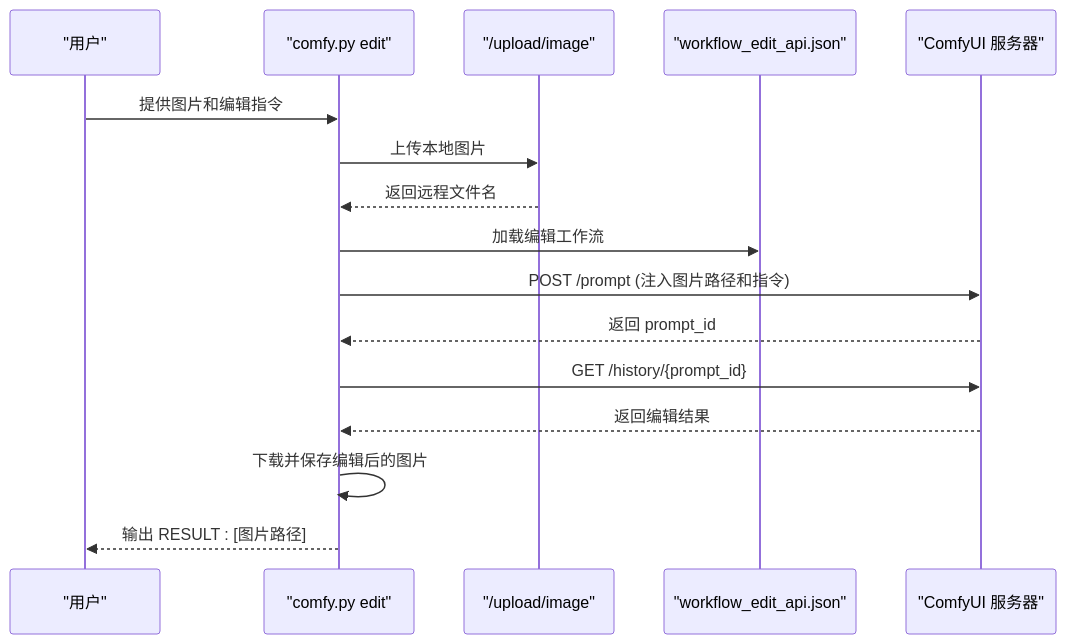
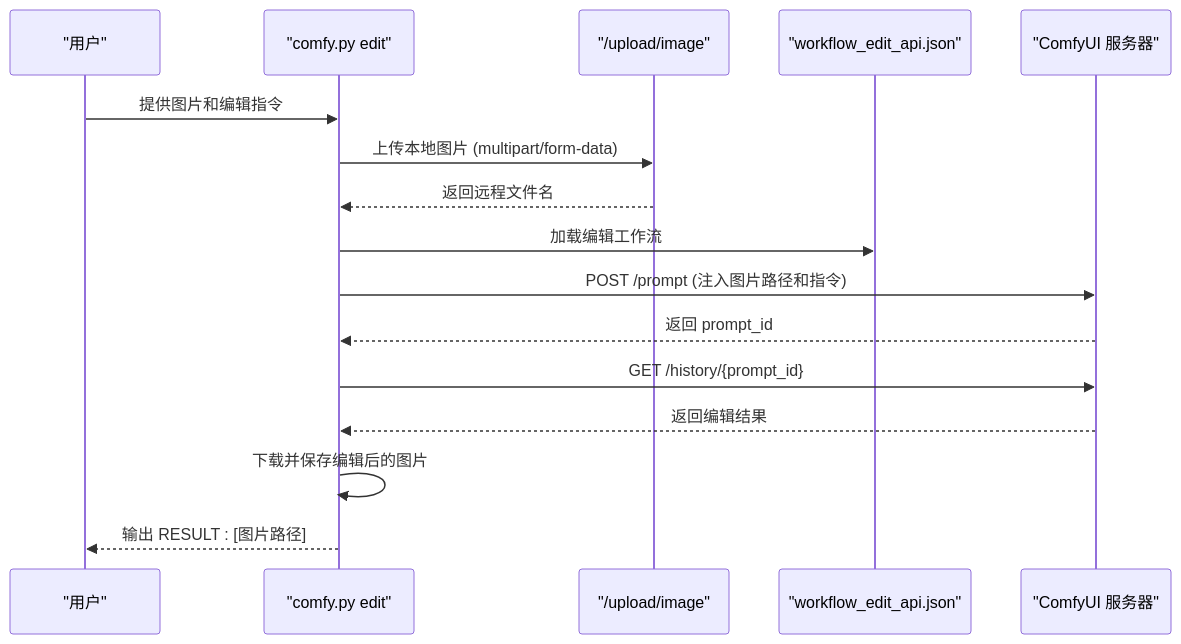
Before and after one commit to swond-Mao/Tiffa: the seventh of 8 diagrams in .qoder/repowiki/zh/content/技能系统/图像处理技能/ComfyUI 图像生成.md, drawn with Mermaid. The commit also changed other lines of this file and 359 other files, not shown here.

````diff
--- a/.qoder/repowiki/zh/content/技能系统/图像处理技能/ComfyUI 图像生成.md
+++ b/.qoder/repowiki/zh/content/技能系统/图像处理技能/ComfyUI 图像生成.md
@@ -280,18 +301,18 @@
 ```mermaid
 sequenceDiagram
 participant User as "用户"
 participant CLI as "comfy.py edit"
 participant Upload as "/upload/image"
 participant EditWF as "workflow_edit_api.json"
 participant Server as "ComfyUI 服务器"
 User->>CLI : 提供图片和编辑指令
-CLI->>Upload : 上传本地图片
+CLI->>Upload : 上传本地图片 (multipart/form-data)
 Upload-->>CLI : 返回远程文件名
 CLI->>EditWF : 加载编辑工作流
 CLI->>Server : POST /prompt (注入图片路径和指令)
 Server-->>CLI : 返回 prompt_id
 CLI->>Server : GET /history/{prompt_id}
 Server-->>CLI : 返回编辑结果
 CLI->>CLI : 下载并保存编辑后的图片
 CLI-->>User : 输出 RESULT : [图片路径]
 ```
````
